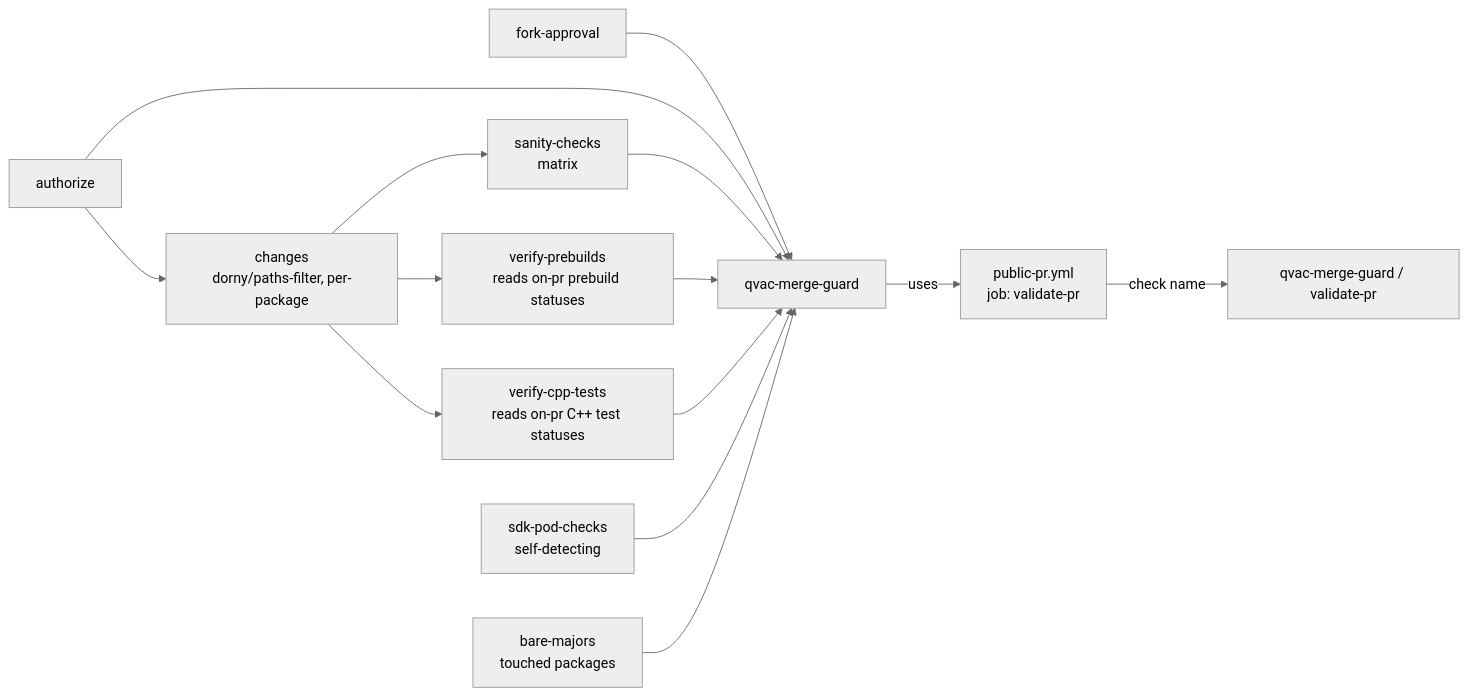
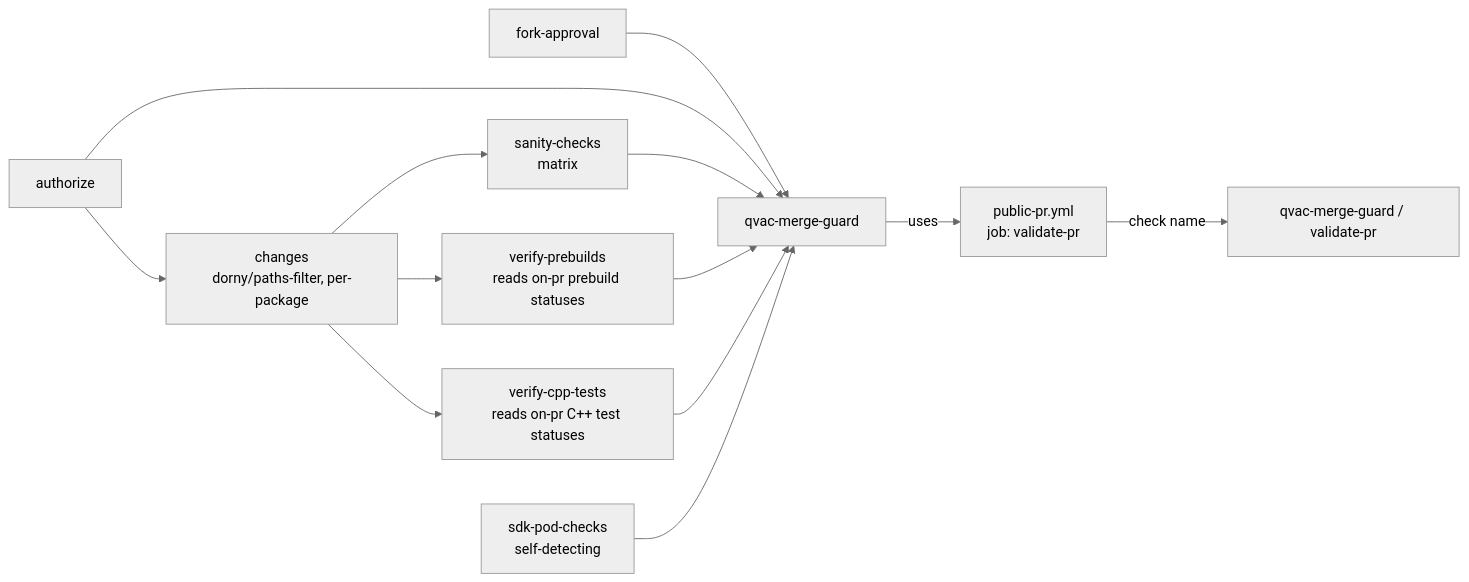
The diagram in docs/ci/MERGE-GUARD.md (tetherto/qvac), drawn with Mermaid (neutral theme) before and after one commit. The commit also changed other lines of this file and 3 other files, not shown here.

````diff
--- a/docs/ci/MERGE-GUARD.md
+++ b/docs/ci/MERGE-GUARD.md
@@ -27,16 +27,15 @@
 ```mermaid
 flowchart LR
     FA[fork-approval] --> QMG[qvac-merge-guard]
     AUTH[authorize] --> QMG
     AUTH --> CHANGES[changes<br/>dorny/paths-filter, per-package]
     CHANGES --> SC[sanity-checks<br/>matrix]
     CHANGES --> VP[verify-prebuilds<br/>reads on-pr prebuild statuses]
     CHANGES --> VC[verify-cpp-tests<br/>reads on-pr C++ test statuses]
     SC --> QMG
     VP --> QMG
     VC --> QMG
     SDK[sdk-pod-checks<br/>self-detecting] --> QMG
-    BM[bare-majors<br/>touched packages] --> QMG
     QMG -->|uses| PP[public-pr.yml<br/>job: validate-pr]
     PP -->|check name| CHK["qvac-merge-guard / validate-pr"]
 ```
````
